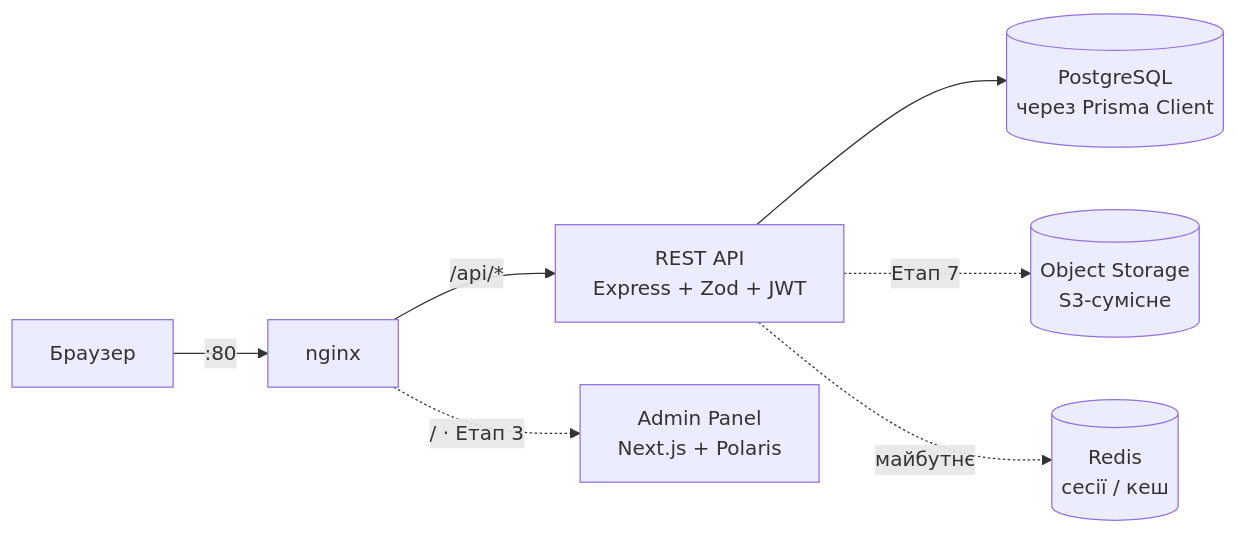
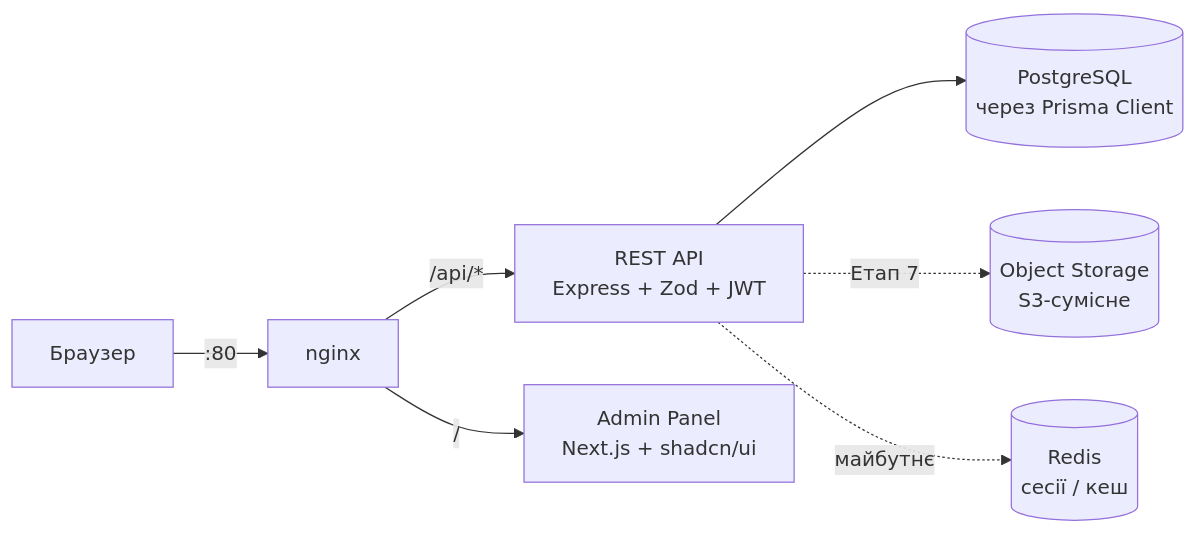
One commit to MaksymHeraskevych-Hallwil/storefront changed the first of 7 diagrams in DESIGN.md. Above: the diagram before and after it, drawn with Mermaid. The commit also changed other lines of this file and 49 other files, not shown here.

First line of the commit message:
feat(frontend): stage 3 — admin foundation (Next.js + shadcn/ui)

````diff
--- a/DESIGN.md
+++ b/DESIGN.md
@@ -21,9 +27,9 @@
 ```mermaid
 flowchart LR
     Browser["Браузер"] -->|":80"| Nginx["nginx"]
     Nginx -->|"/api/*"| API["REST API<br/>Express + Zod + JWT"]
-    Nginx -.->|"/ · Етап 3"| Admin["Admin Panel<br/>Next.js + Polaris"]
+    Nginx -->|"/"| Admin["Admin Panel<br/>Next.js + shadcn/ui"]
     API --> DB[("PostgreSQL<br/>через Prisma Client")]
     API -.->|"Етап 7"| Storage[("Object Storage<br/>S3-сумісне")]
     API -.->|"майбутнє"| Cache[("Redis<br/>сесії / кеш")]
 ```
````
